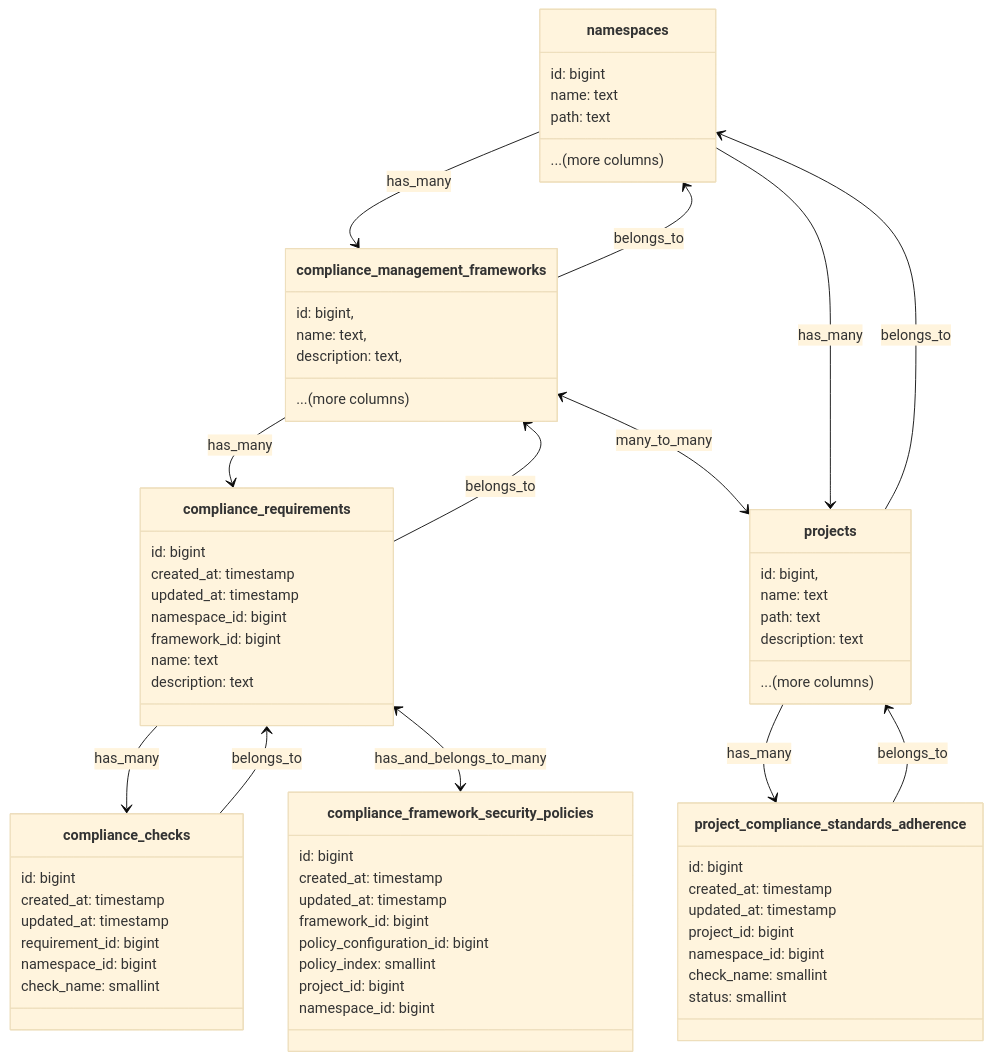
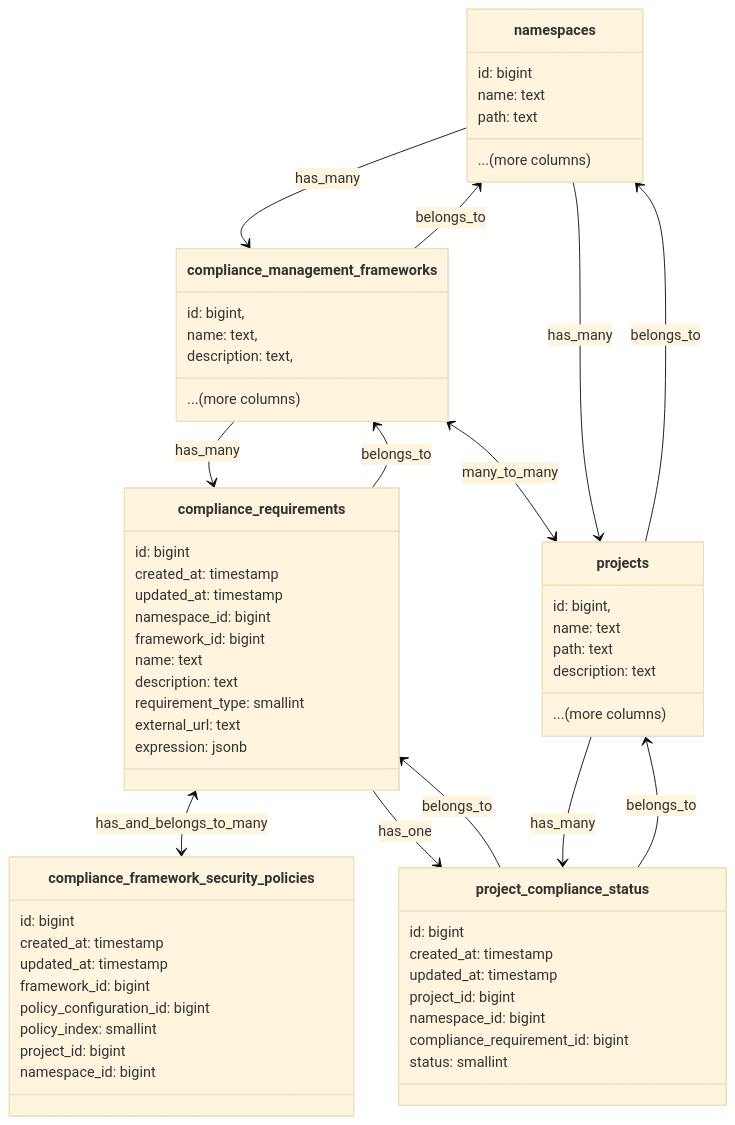
The diagram in content/handbook/engineering/architecture/design-documents/compliance-frameworks/_index.md (secretstartups/handbook), drawn with Mermaid (base theme) before and after one commit. The commit also changed other lines of this file and 1 other file, not shown here.

Commit message:
Add ADR 003 for custom checks for compliance frameworks

````diff
--- a/content/handbook/engineering/architecture/design-documents/compliance-frameworks/_index.md
+++ b/content/handbook/engineering/architecture/design-documents/compliance-frameworks/_index.md
@@ -112,75 +115,69 @@
 ```mermaid
     classDiagram
-class namespaces {
-    id: bigint
-    name: text
-    path: text
-    ...(more columns)
-}
-class projects {
-    id: bigint,
-    name: text
-    path: text
-    description: text
-    ...(more columns)
-}
-class compliance_management_frameworks {
-    id: bigint,
-    name: text,
-    description: text,
-    ...(more columns)
-}
+    class namespaces {
+        id: bigint
+        name: text
+        path: text
+        ...(more columns)
+    }
+    class projects {
+        id: bigint,
+        name: text
+        path: text
+        description: text
+        ...(more columns)
+    }
+    class compliance_management_frameworks {
+        id: bigint,
+        name: text,
+        description: text,
+        ...(more columns)
+    }
 
-class compliance_requirements {
-    id: bigint
-    created_at: timestamp
-    updated_at: timestamp
-    namespace_id: bigint
-    framework_id: bigint
-    name: text
-    description: text
-}
+    class compliance_requirements {
+        id: bigint
+        created_at: timestamp
+        updated_at: timestamp
+        namespace_id: bigint
+        framework_id: bigint
+        name: text
+        description: text
+        requirement_type: smallint
+        external_url: text
+        expression: jsonb
+    }
 
-class compliance_framework_security_policies {
-    id: bigint
-    created_at: timestamp
-    updated_at: timestamp
-    framework_id: bigint
-    policy_configuration_id: bigint
-    policy_index: smallint
-    project_id: bigint
-    namespace_id: bigint
-}
+    class project_compliance_status {
+        id: bigint
+        created_at: timestamp
+        updated_at: timestamp
+        project_id: bigint
+        namespace_id: bigint
+        compliance_requirement_id: bigint
+        status: smallint
+    }
 
-class compliance_checks {
-    id: bigint
-    created_at: timestamp
-    updated_at: timestamp
-    requirement_id: bigint
-    namespace_id: bigint
-    check_name: smallint
-}
+    class compliance_framework_security_policies {
+        id: bigint
+        created_at: timestamp
+        updated_at: timestamp
+        framework_id: bigint
+        policy_configuration_id: bigint
+        policy_index: smallint
+        project_id: bigint
+        namespace_id: bigint
+    }
 
-class project_compliance_standards_adherence {
-    id: bigint
-    created_at: timestamp
-    updated_at: timestamp
-    project_id: bigint
-    namespace_id: bigint
-    check_name: smallint
-    status: smallint
-}
-
-compliance_requirements --> compliance_checks : has_many
-compliance_requirements <-- compliance_checks : belongs_to
-compliance_requirements <--> compliance_framework_security_policies : has_and_belongs_to_many
-compliance_management_frameworks --> compliance_requirements : has_many
-compliance_management_frameworks <-- compliance_requirements : belongs_to
-compliance_management_frameworks <--> projects : many_to_many
-projects <-- namespaces : has_many
-projects --> namespaces : belongs_to
-namespaces --> compliance_management_frameworks : has_many
-namespaces <-- compliance_management_frameworks : belongs_to
-projects --> project_compliance_standards_adherence : has_many
-projects <-- project_compliance_standards_adherence : belongs_to
+    compliance_management_frameworks --> compliance_requirements : has_many
+    compliance_management_frameworks <-- compliance_requirements : belongs_to
+    compliance_management_frameworks <--> projects : many_to_many
+    compliance_requirements <--> compliance_framework_security_policies : has_and_belongs_to_many
+    projects <-- namespaces : has_many
+    projects --> namespaces : belongs_to
+    namespaces --> compliance_management_frameworks : has_many
+    namespaces <-- compliance_management_frameworks : belongs_to
+    projects --> project_compliance_status : has_many
+    projects <-- project_compliance_status : belongs_to
+    compliance_requirements --> project_compliance_status : has_one
+    compliance_requirements <-- project_compliance_status : belongs_to
 ```
````
